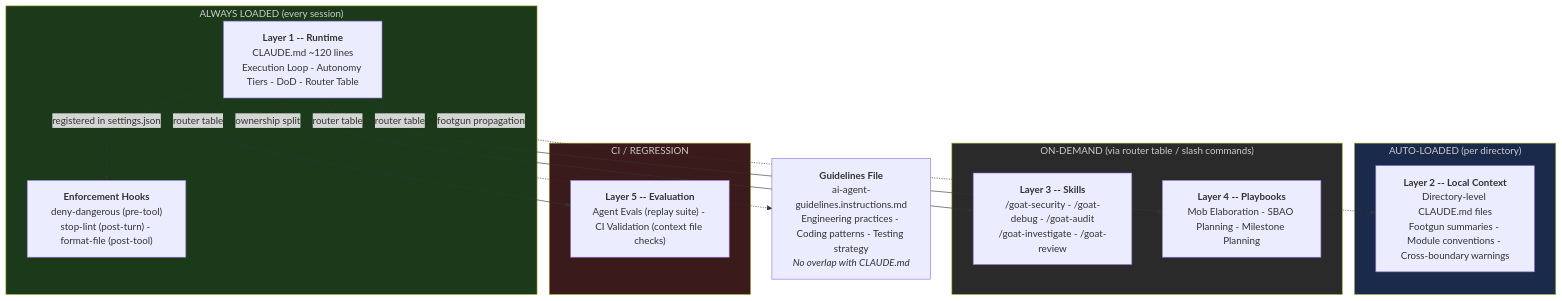
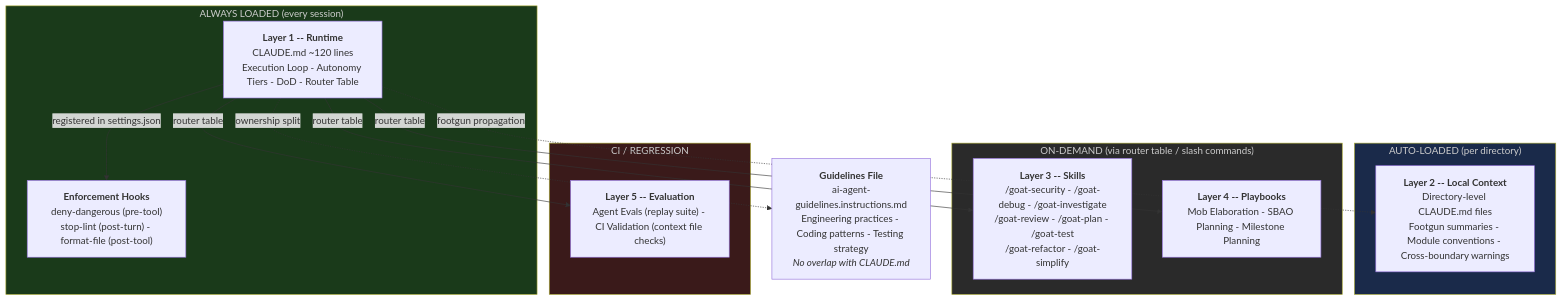
One commit to blundergoat/goat-flow changed the first of 2 diagrams in docs/reference/design-rationale.md. Above: the diagram before and after it, drawn with Mermaid. The commit also changed 23 other files, not shown here.

````diff
--- a/docs/reference/design-rationale.md
+++ b/docs/reference/design-rationale.md
@@ -30,34 +30,34 @@
 ```mermaid
 flowchart TB
     subgraph ALWAYS["ALWAYS LOADED (every session)"]
         L1["<b>Layer 1 -- Runtime</b><br/>CLAUDE.md ~120 lines<br/>Execution Loop - Autonomy Tiers - DoD - Router Table"]
         HOOKS["<b>Enforcement Hooks</b><br/>deny-dangerous (pre-tool)<br/>stop-lint (post-turn) - format-file (post-tool)"]
     end
 
     subgraph AUTO["AUTO-LOADED (per directory)"]
         L2["<b>Layer 2 -- Local Context</b><br/>Directory-level CLAUDE.md files<br/>Footgun summaries - Module conventions - Cross-boundary warnings"]
     end
 
     subgraph DEMAND["ON-DEMAND (via router table / slash commands)"]
-        L3["<b>Layer 3 -- Skills</b><br/>/goat-security - /goat-debug - /goat-audit<br/>/goat-investigate - /goat-review"]
+        L3["<b>Layer 3 -- Skills</b><br/>/goat-security - /goat-debug - /goat-investigate<br/>/goat-review - /goat-plan - /goat-test<br/>/goat-refactor - /goat-simplify"]
         L4["<b>Layer 4 -- Playbooks</b><br/>Mob Elaboration - SBAO Planning - Milestone Planning"]
     end
 
     subgraph CICD["CI / REGRESSION"]
         L5["<b>Layer 5 -- Evaluation</b><br/>Agent Evals (replay suite) - CI Validation (context file checks)"]
     end
 
     GUIDE["<b>Guidelines File</b><br/>ai-agent-guidelines.instructions.md<br/>Engineering practices - Coding patterns - Testing strategy<br/><i>No overlap with CLAUDE.md</i>"]
 
     L1 -- "router table" --> L3
     L1 -- "router table" --> L4
     L1 -- "router table" --> L5
     L1 -. "footgun propagation" .-> L2
     L1 -- "registered in settings.json" --> HOOKS
     L1 -. "ownership split" .-> GUIDE
 
     style ALWAYS fill:#1a3a1a,color:#ccc
     style AUTO fill:#1a2a4a,color:#ccc
     style DEMAND fill:#2a2a2a,color:#ccc
     style CICD fill:#3a1a1a,color:#ccc
 ```
````
